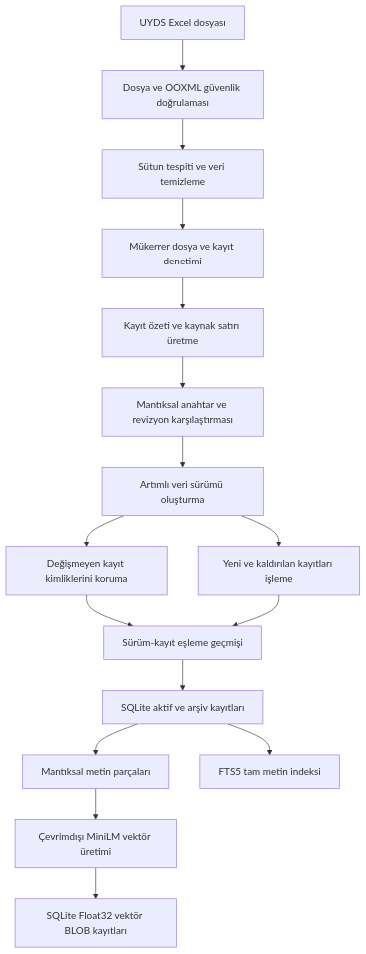
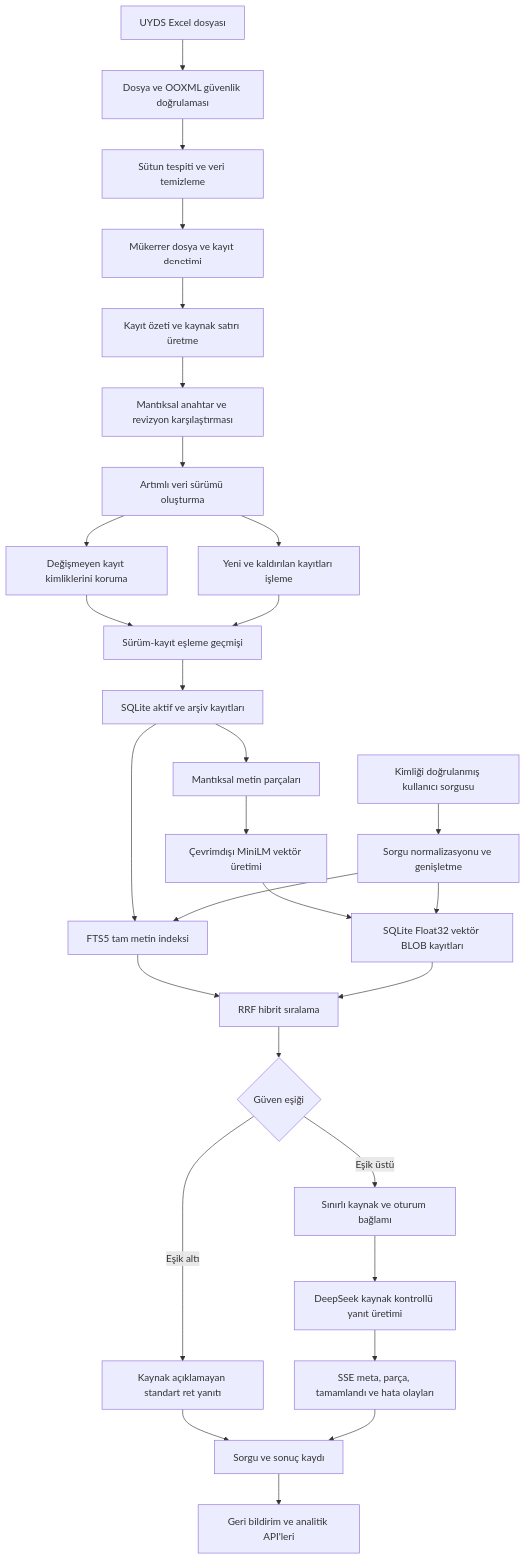
One commit to mecik-arda/UYDS-SSS-hades-bot changed the diagram in README.md. Above: the diagram before and after it, drawn with Mermaid. The commit also changed other lines of this file, not shown here.

````diff
--- a/README.md
+++ b/README.md
@@ -150,18 +152,31 @@
 ```mermaid
 flowchart TD
     A["UYDS Excel dosyası"] --> B["Dosya ve OOXML güvenlik doğrulaması"]
     B --> C["Sütun tespiti ve veri temizleme"]
     C --> D["Mükerrer dosya ve kayıt denetimi"]
     D --> E["Kayıt özeti ve kaynak satırı üretme"]
     E --> N["Mantıksal anahtar ve revizyon karşılaştırması"]
     N --> F["Artımlı veri sürümü oluşturma"]
     F --> J["Değişmeyen kayıt kimliklerini koruma"]
     F --> K["Yeni ve kaldırılan kayıtları işleme"]
     J --> L["Sürüm-kayıt eşleme geçmişi"]
     K --> L
     L --> M["SQLite aktif ve arşiv kayıtları"]
     M --> G["Mantıksal metin parçaları"]
     M --> H["FTS5 tam metin indeksi"]
     G --> I["Çevrimdışı MiniLM vektör üretimi"]
     I --> O["SQLite Float32 vektör BLOB kayıtları"]
+    P["Kimliği doğrulanmış kullanıcı sorgusu"] --> Q["Sorgu normalizasyonu ve genişletme"]
+    Q --> H
+    Q --> O
+    H --> R["RRF hibrit sıralama"]
+    O --> R
+    R --> S{"Güven eşiği"}
+    S -->|Eşik altı| T["Kaynak açıklamayan standart ret yanıtı"]
+    S -->|Eşik üstü| U["Sınırlı kaynak ve oturum bağlamı"]
+    U --> V["DeepSeek kaynak kontrollü yanıt üretimi"]
+    V --> W["SSE meta, parça, tamamlandı ve hata olayları"]
+    T --> X["Sorgu ve sonuç kaydı"]
+    W --> X
+    X --> Y["Geri bildirim ve analitik API'leri"]
 ```
````
